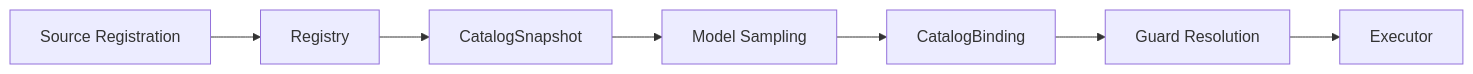
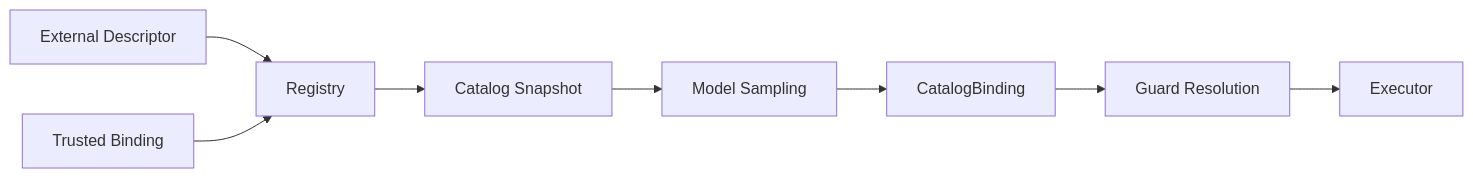
The diagram in docs/book/zh-CN/06-tools-and-execution/01-schema-registry-catalog.md (fwtllh-png/CodeHelper), drawn with Mermaid before and after one commit. The commit also changed other lines of this file and 43 other files, not shown here.

Commit message:
security: separate external descriptors from trusted bindings

````diff
--- a/docs/book/zh-CN/06-tools-and-execution/01-schema-registry-catalog.md
+++ b/docs/book/zh-CN/06-tools-and-execution/01-schema-registry-catalog.md
@@ -44,9 +45,10 @@
 ```mermaid
 flowchart LR
-    S[Source Registration] --> R[Registry]
-    R --> C[CatalogSnapshot]
+    E[External Descriptor] --> R[Registry]
+    T[Trusted Binding] --> R
+    R --> C[Catalog Snapshot]
     C --> M[Model Sampling]
     M --> B[CatalogBinding]
     B --> G[Guard Resolution]
     G --> X[Executor]
 ```
````
